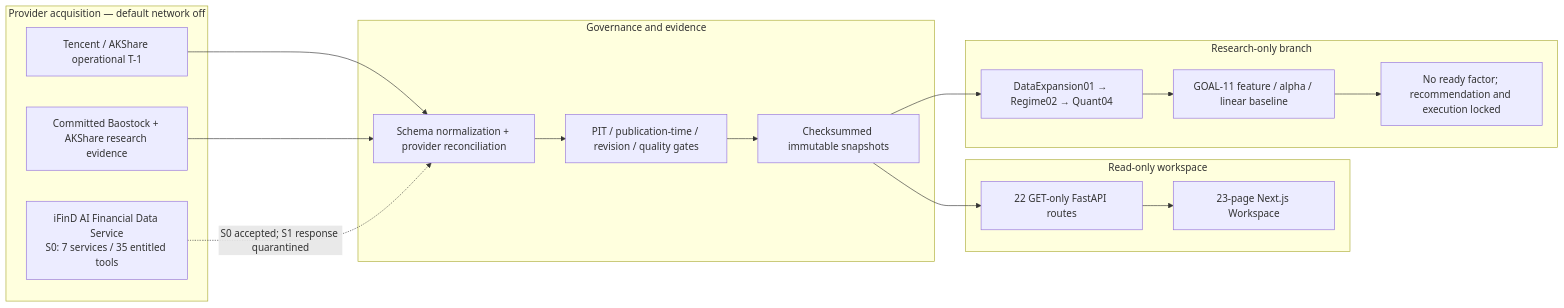
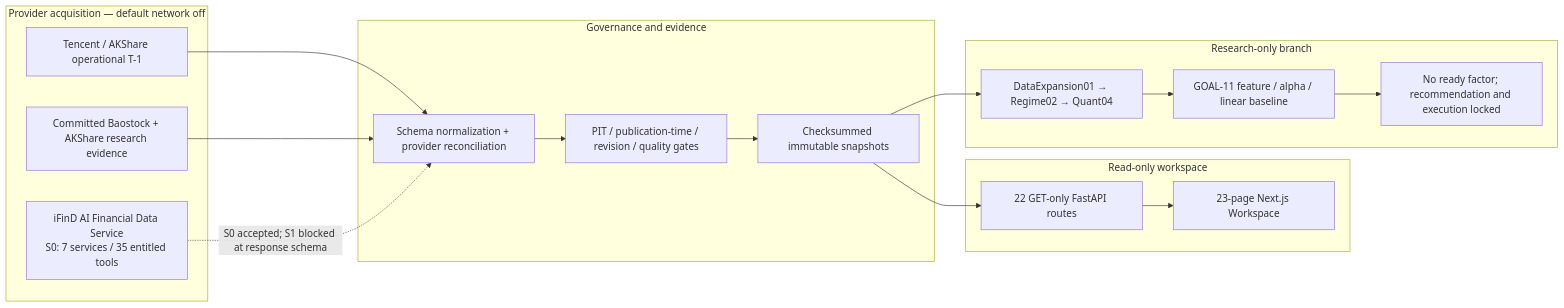
One commit to RyanLu0203/A_share_premarket_core changed the first of 4 diagrams in README.md. Above: the diagram before and after it, drawn with Mermaid. The commit also changed other lines of this file and 9 other files, not shown here.

Commit message:
docs: record iFinD S1 schema block

````diff
--- a/README.md
+++ b/README.md
@@ -27,28 +27,28 @@
 ```mermaid
 flowchart LR
     subgraph P["Provider acquisition — default network off"]
         T["Tencent / AKShare operational T-1"]
         C["Committed Baostock + AKShare research evidence"]
         I["iFinD AI Financial Data Service\nS0: 7 services / 35 entitled tools"]
     end
     subgraph G["Governance and evidence"]
         N["Schema normalization + provider reconciliation"]
         Q["PIT / publication-time / revision / quality gates"]
         S["Checksummed immutable snapshots"]
     end
     subgraph W["Read-only workspace"]
         A["22 GET-only FastAPI routes"]
         U["23-page Next.js Workspace"]
     end
     subgraph R["Research-only branch"]
         D["DataExpansion01 → Regime02 → Quant04"]
         G11["GOAL-11 feature / alpha / linear baseline"]
         L["No ready factor; recommendation and execution locked"]
     end
 
     T --> N
     C --> N
-    I -. "S0 accepted; S1 response quarantined" .-> N
+    I -. "S0 accepted; S1 blocked at response schema" .-> N
     N --> Q --> S --> A --> U
     S --> D --> G11 --> L
 ```
````
